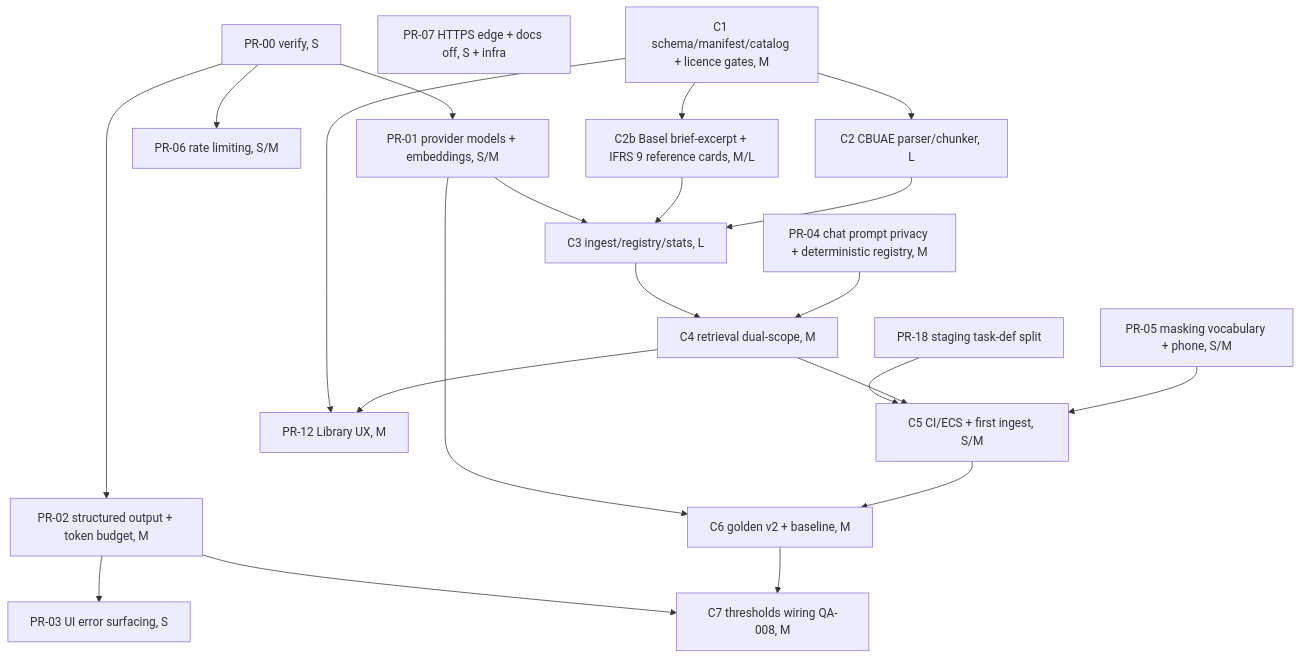
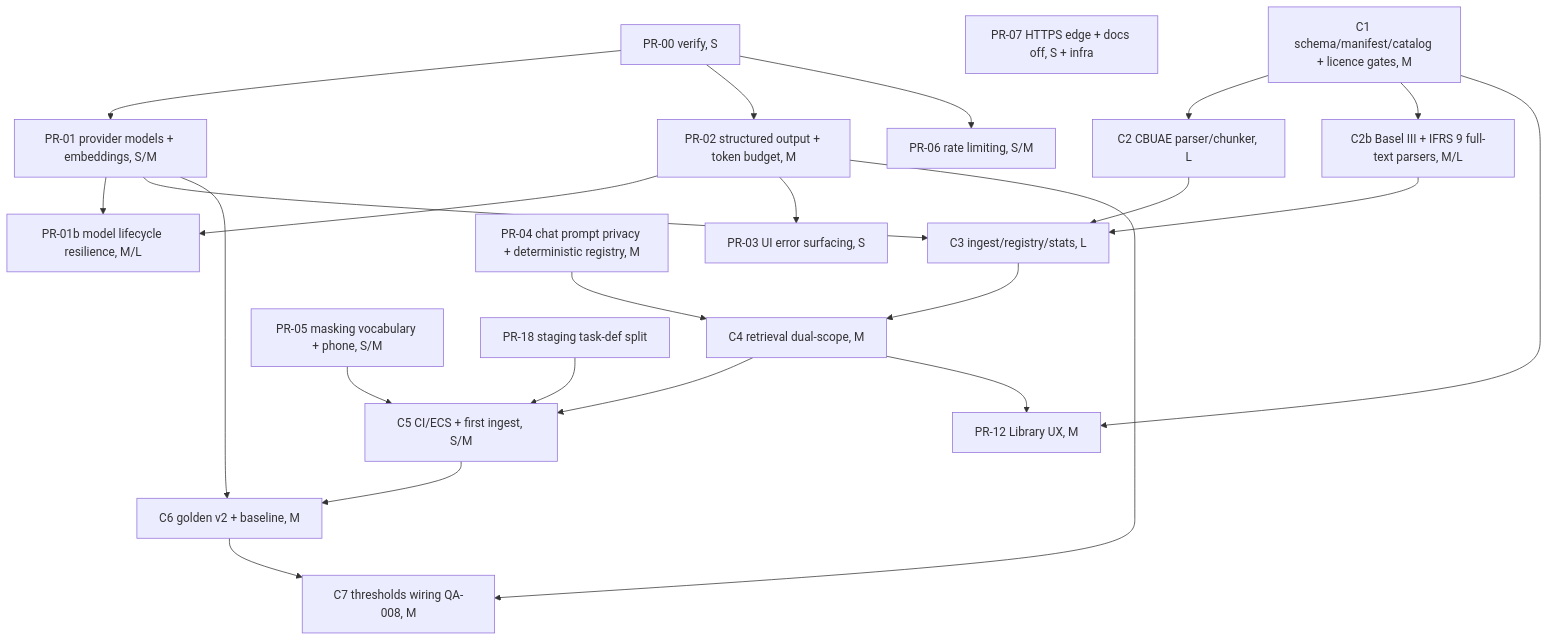
One commit to Shakti8125/creditAudit changed the diagram in docs/qa/remediation-plan-2026-09-30.md. Above: the diagram before and after it, drawn with Mermaid. The commit also changed other lines of this file and 3 other files, not shown here.

First line of the commit message:
docs(qa): full-text Basel III and IFRS 9; plan LLM resilience to model churn

````diff
--- a/docs/qa/remediation-plan-2026-09-30.md
+++ b/docs/qa/remediation-plan-2026-09-30.md
@@ -119,18 +123,20 @@
 ```mermaid
 flowchart TD
   PR00[PR-00 verify, S] --> PR01[PR-01 provider models + embeddings, S/M]
   PR00 --> PR02[PR-02 structured output + token budget, M]
   PR00 --> PR06[PR-06 rate limiting, S/M]
+  PR01 --> PR01b[PR-01b model lifecycle resilience, M/L]
+  PR02 --> PR01b
   PR02 --> PR03[PR-03 UI error surfacing, S]
   PR04[PR-04 chat prompt privacy + deterministic registry, M] --> C4
   PR05[PR-05 masking vocabulary + phone, S/M] --> C5
   PR07[PR-07 HTTPS edge + docs off, S + infra]
   C1[C1 schema/manifest/catalog + licence gates, M] --> C2[C2 CBUAE parser/chunker, L] --> C3[C3 ingest/registry/stats, L] --> C4[C4 retrieval dual-scope, M] --> C5[C5 CI/ECS + first ingest, S/M] --> C6[C6 golden v2 + baseline, M] --> C7[C7 thresholds wiring QA-008, M]
-  C1 --> C2b[C2b Basel brief-excerpt + IFRS 9 reference cards, M/L] --> C3
+  C1 --> C2b[C2b Basel III + IFRS 9 full-text parsers, M/L] --> C3
   PR18[PR-18 staging task-def split] --> C5
   PR01 --> C3
   PR01 --> C6
   PR02 --> C7
   C4 --> PR12[PR-12 Library UX, M]
   C1 --> PR12
 ```
````
